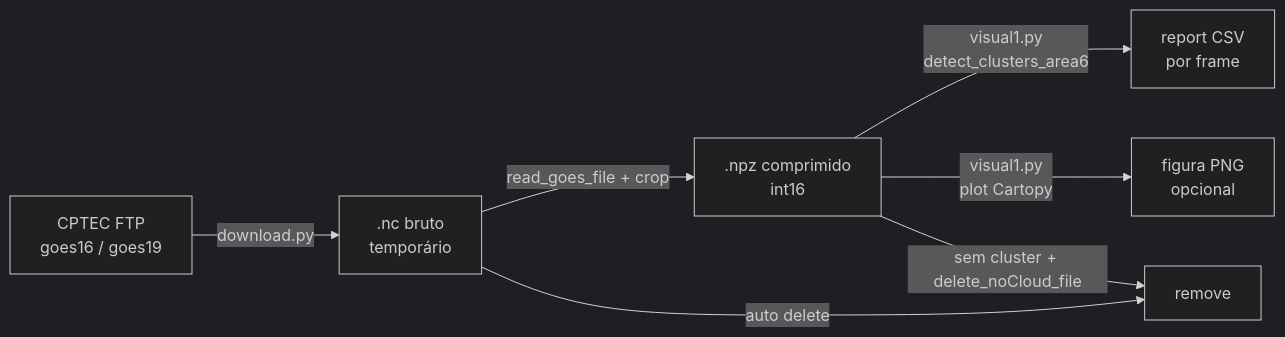
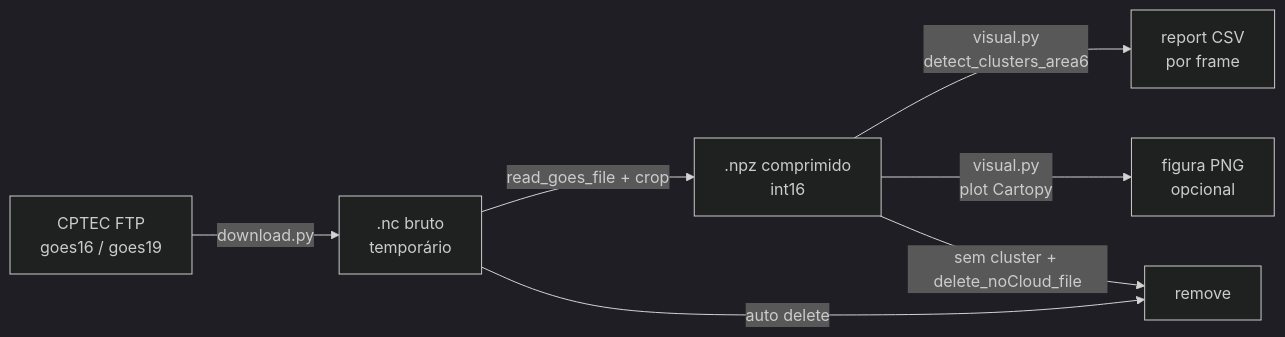
Before and after one commit to hisahon/goes-data-pipeline: the diagram in README.md, drawn with Mermaid (dark theme). The commit also changed other lines of this file, not shown here.

Commit message:
README visual nomenclature adjusts

````diff
--- a/README.md
+++ b/README.md
@@ -56,9 +56,9 @@
 ```mermaid
 flowchart LR
     A[CPTEC FTP<br/>goes16 / goes19] -->|download.py| B[.nc bruto<br/>temporário]
     B -->|read_goes_file + crop| C[.npz comprimido<br/>int16]
     B -->|auto delete| X[remove]
-    C -->|visual1.py<br/>detect_clusters_area6| D[report CSV<br/>por frame]
-    C -->|visual1.py<br/>plot Cartopy| E[figura PNG<br/>opcional]
+    C -->|visual.py<br/>detect_clusters_area6| D[report CSV<br/>por frame]
+    C -->|visual.py<br/>plot Cartopy| E[figura PNG<br/>opcional]
     C -->|sem cluster + delete_noCloud_file| X
 ```
````
